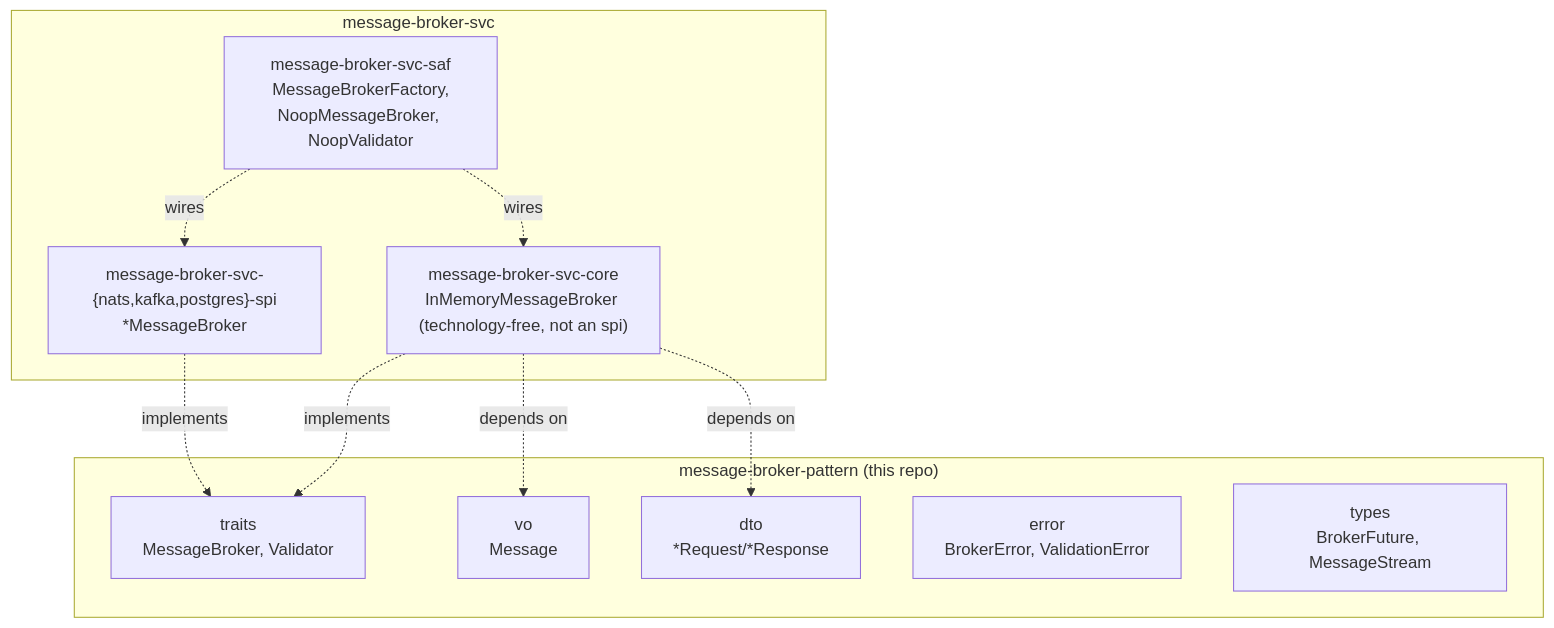
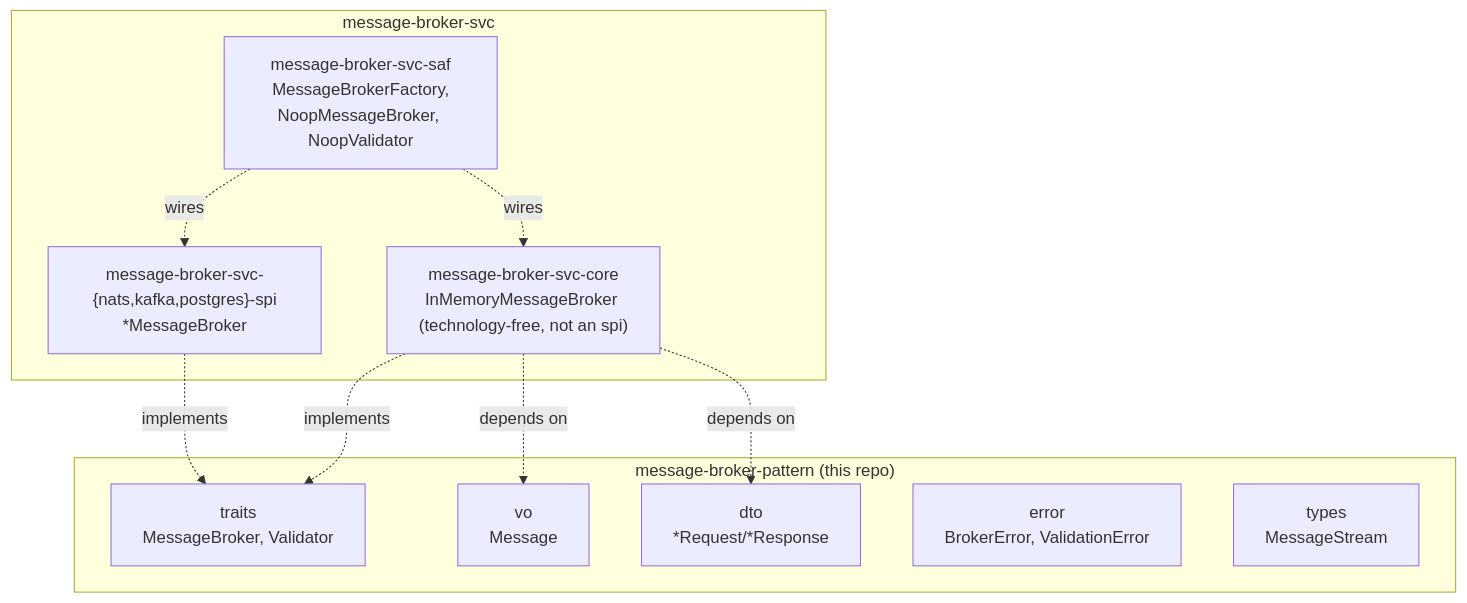
Before and after one commit to sweengineeringlabs/message-broker-pattern: the diagram in docs/3-design/architecture.md, drawn with Mermaid. The commit also changed other lines of this file and 10 other files, not shown here.

First line of the commit message:
refactor: MessageBroker returns impl Future, not a boxed BrokerFuture

````diff
--- a/docs/3-design/architecture.md
+++ b/docs/3-design/architecture.md
@@ -41,23 +42,23 @@
 ```mermaid
 flowchart TD
     subgraph pattern["message-broker-pattern (this repo)"]
         traits["traits<br/>MessageBroker, Validator"]
         vo["vo<br/>Message"]
         dto["dto<br/>*Request/*Response"]
         error["error<br/>BrokerError, ValidationError"]
-        types["types<br/>BrokerFuture, MessageStream"]
+        types["types<br/>MessageStream"]
     end
 
     subgraph svc["message-broker-svc"]
         core["message-broker-svc-core<br/>InMemoryMessageBroker (technology-free, not an spi)"]
         spi["message-broker-svc-{nats,kafka,postgres}-spi<br/>*MessageBroker"]
         saf["message-broker-svc-saf<br/>MessageBrokerFactory,<br/>NoopMessageBroker, NoopValidator"]
     end
 
     core -.->|implements| traits
     spi -.->|implements| traits
     core -.->|depends on| vo
     core -.->|depends on| dto
     saf -.->|wires| core
     saf -.->|wires| spi
 ```
````
